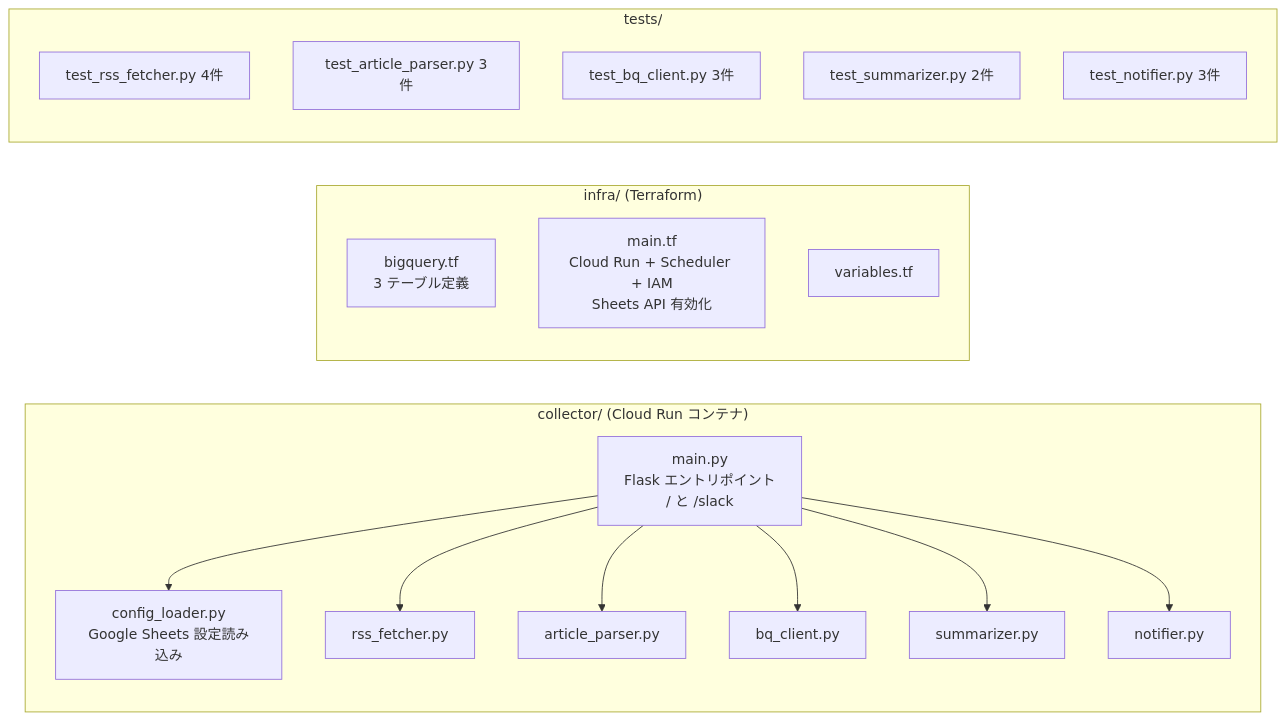
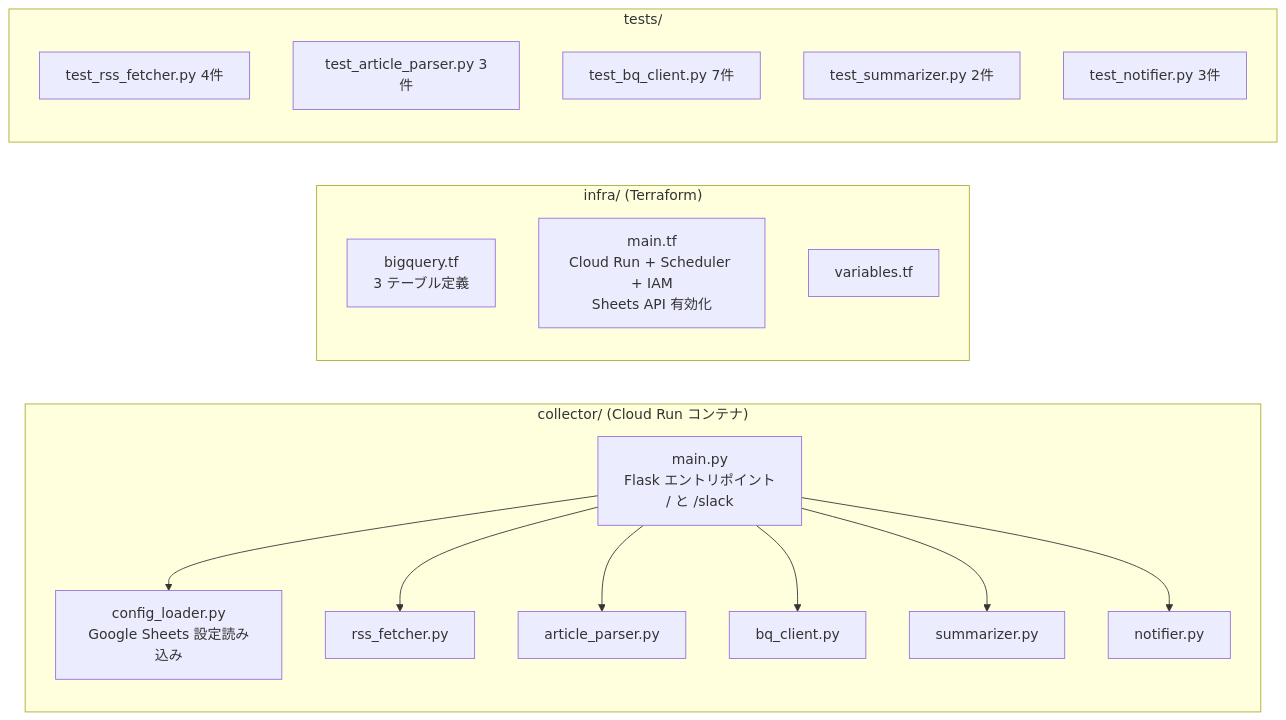
Before and after one commit to mishi5/data-platform-handson: the third of 6 diagrams in docs/news-pipeline-architecture.md, drawn with Mermaid. The commit also changed other lines of this file and 2 other files, not shown here.

````diff
--- a/docs/news-pipeline-architecture.md
+++ b/docs/news-pipeline-architecture.md
@@ -65,33 +65,33 @@
 ```mermaid
 graph LR
     subgraph collector["collector/ (Cloud Run コンテナ)"]
         MAIN[main.py<br/>Flask エントリポイント<br/>/ と /slack]
         CFG[config_loader.py<br/>Google Sheets 設定読み込み]
         RSS_F[rss_fetcher.py]
         ART_P[article_parser.py]
         BQ_C[bq_client.py]
         SUM[summarizer.py]
         NOT[notifier.py]
     end
 
     subgraph infra["infra/ (Terraform)"]
         TF_BQ[bigquery.tf<br/>3 テーブル定義]
         TF_MAIN[main.tf<br/>Cloud Run + Scheduler + IAM<br/>Sheets API 有効化]
         TF_VAR[variables.tf]
     end
 
     subgraph tests["tests/"]
         T1[test_rss_fetcher.py 4件]
         T2[test_article_parser.py 3件]
-        T3[test_bq_client.py 3件]
+        T3[test_bq_client.py 7件]
         T4[test_summarizer.py 2件]
         T5[test_notifier.py 3件]
     end
 
     MAIN --> CFG
     MAIN --> RSS_F
     MAIN --> ART_P
     MAIN --> BQ_C
     MAIN --> SUM
     MAIN --> NOT
 ```
````
